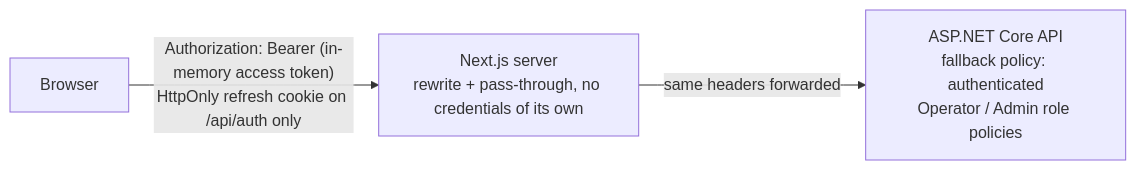
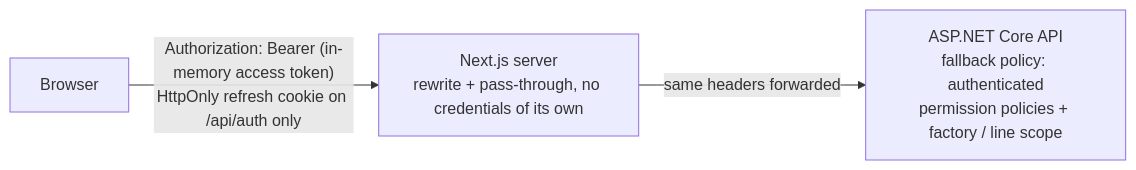
Before and after one commit to shamiulriyad/FactoryBrain: the seventh of 10 diagrams in ARCHITECTURE.md, drawn with Mermaid. The commit also changed other lines of this file and 502 other files, not shown here.

````diff
--- a/ARCHITECTURE.md
+++ b/ARCHITECTURE.md
@@ -263,9 +263,9 @@
 ```mermaid
 flowchart LR
     b["Browser"]
     n["Next.js server<br/>rewrite + pass-through, no credentials of its own"]
-    api["ASP.NET Core API<br/>fallback policy: authenticated<br/>Operator / Admin role policies"]
+    api["ASP.NET Core API<br/>fallback policy: authenticated<br/>permission policies + factory / line scope"]
 
     b -->|"Authorization: Bearer (in-memory access token)<br/>HttpOnly refresh cookie on /api/auth only"| n
     n -->|"same headers forwarded"| api
 ```
````
